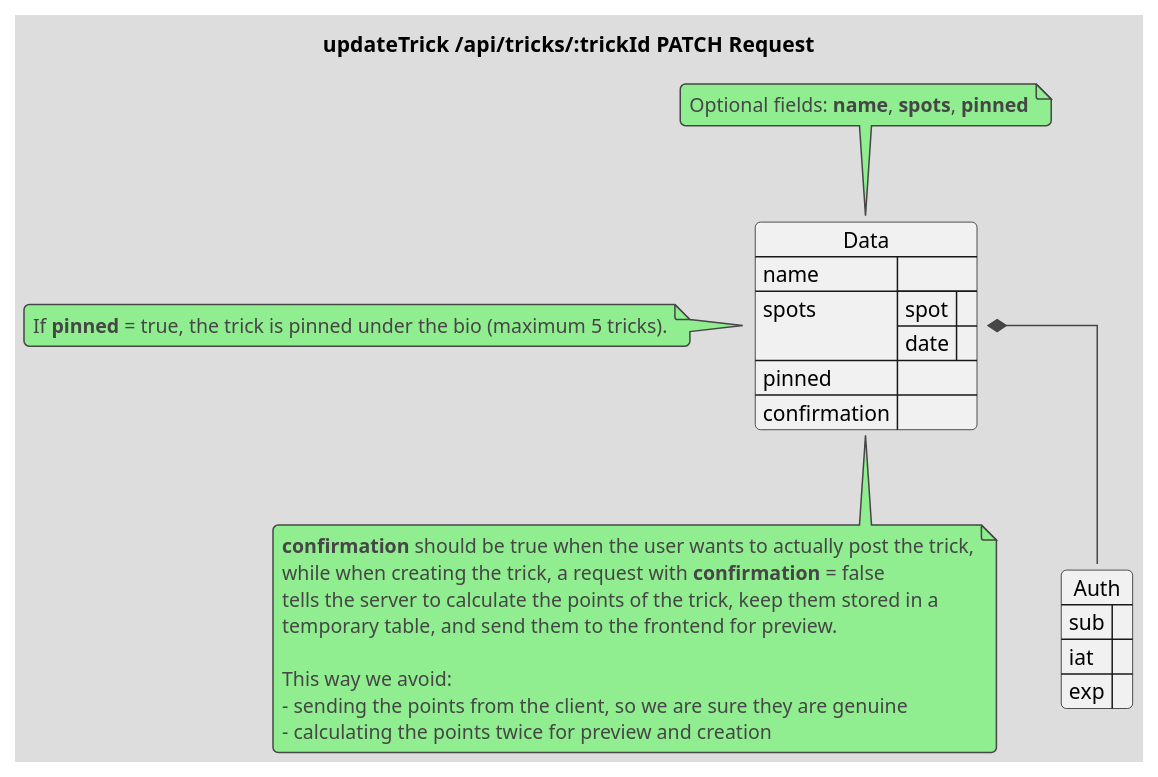
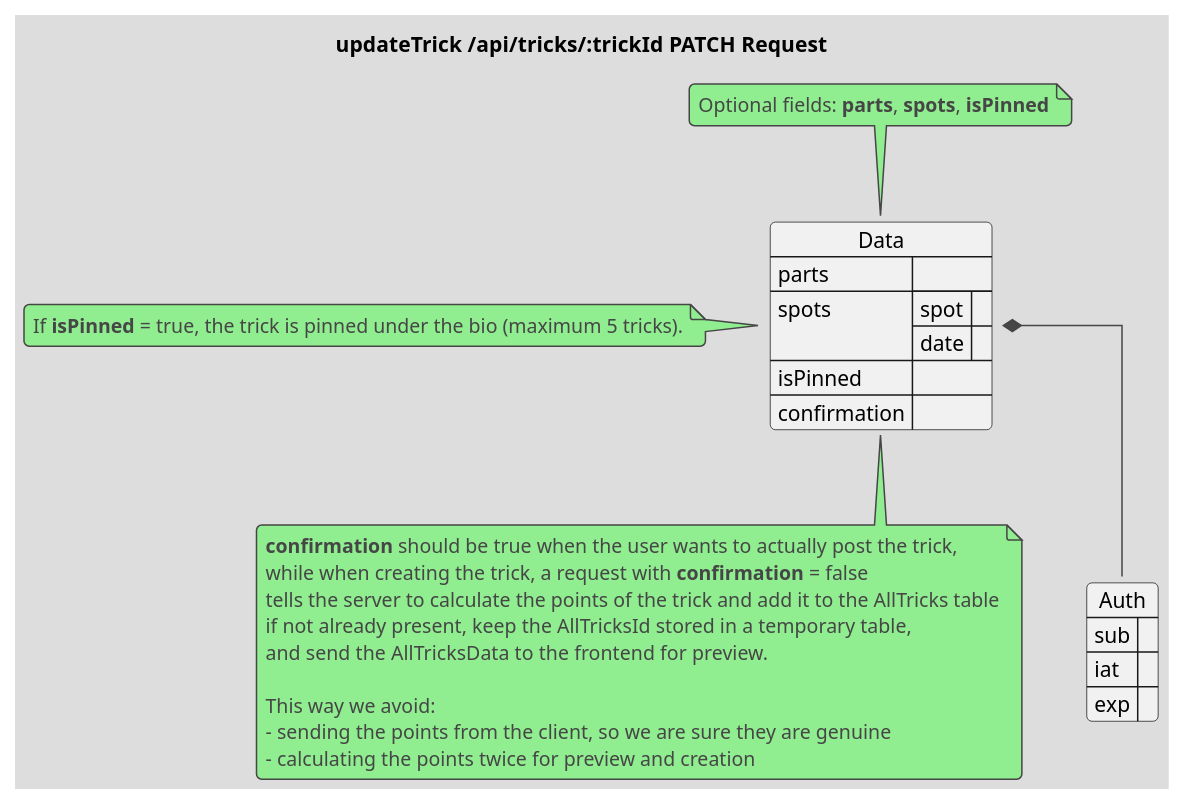
Before and after one commit to crah-app/diagrams: the first of 2 diagrams in api/src/Tricks/:trickId/PATCH/updateTrick.puml, drawn with PlantUML. The commit also changed other lines of this file and 2 other files, not shown here.

Commit message:
Updated Trick for UI and AllTricks table

```diff
--- a/api/src/Tricks/:trickId/PATCH/updateTrick.puml
+++ b/api/src/Tricks/:trickId/PATCH/updateTrick.puml
@@ -1,48 +1,50 @@
 @startuml updateTrick-Request
 !theme toy
 skinparam linetype ortho
 title "updateTrick /api/tricks/:trickId PATCH Request"
 
 json Data {
     ' Optional
-    "name": "",
+    "parts": [],
     ' Optional
     "spots": [
         {
             "spot": "",
             "date": ""
         }
     ],
     ' Optional (If true pins the trick under the bio, max 5)
-    "pinned": "",
+    "isPinned": "",
     ' Look at `Tricks/POST/addNewTrick.puml` for explanations
     "confirmation": ""
 }
+
 note top of Data
-    Optional fields: **name**, **spots**, **pinned**
+    Optional fields: **parts**, **spots**, **isPinned**
 end note
 
 note left of Data
-    If **pinned** = true, the trick is pinned under the bio (maximum 5 tricks).
+    If **isPinned** = true, the trick is pinned under the bio (maximum 5 tricks).
 end note
 
 note bottom of Data
     **confirmation** should be true when the user wants to actually post the trick,
     while when creating the trick, a request with **confirmation** = false 
-    tells the server to calculate the points of the trick, keep them stored in a 
-    temporary table, and send them to the frontend for preview.
+    tells the server to calculate the points of the trick and add it to the AllTricks table
+    if not already present, keep the AllTricksId stored in a temporary table,
+    and send the AllTricksData to the frontend for preview.
     
     This way we avoid:
     - sending the points from the client, so we are sure they are genuine
     - calculating the points twice for preview and creation
 end note
 
 json Auth {
     "sub": "",
     "iat": "",
     "exp": ""
 }
 
 Data *-- Auth
 
 @enduml
```
